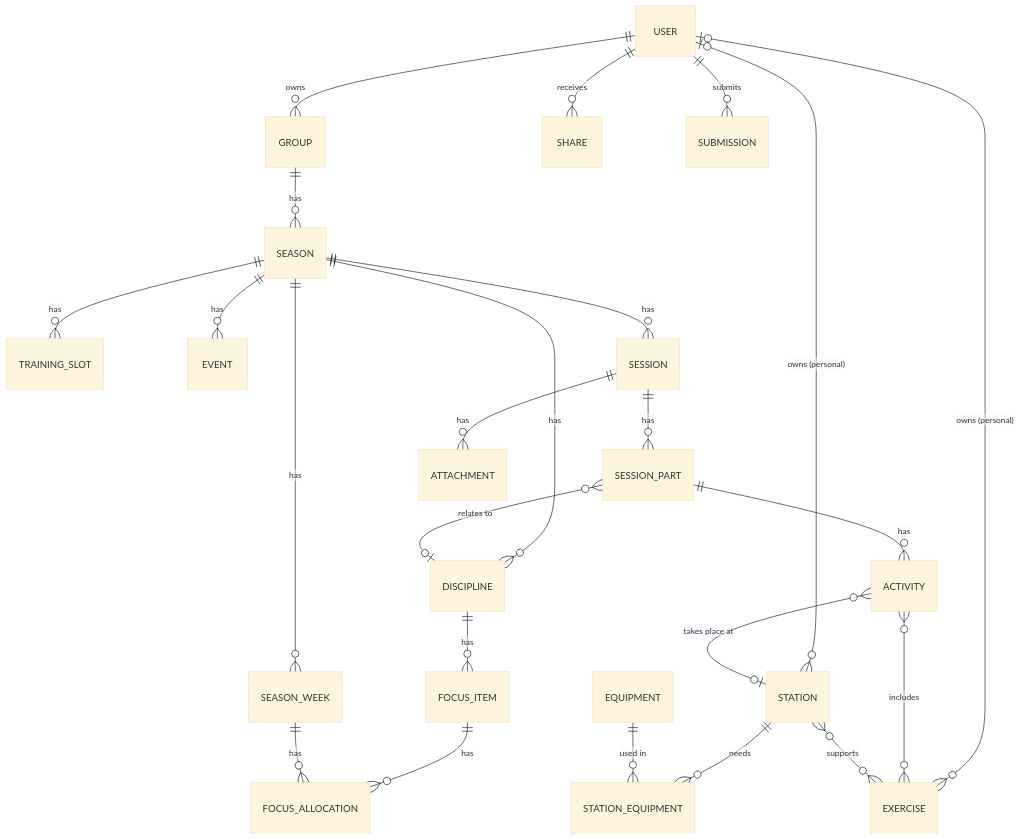
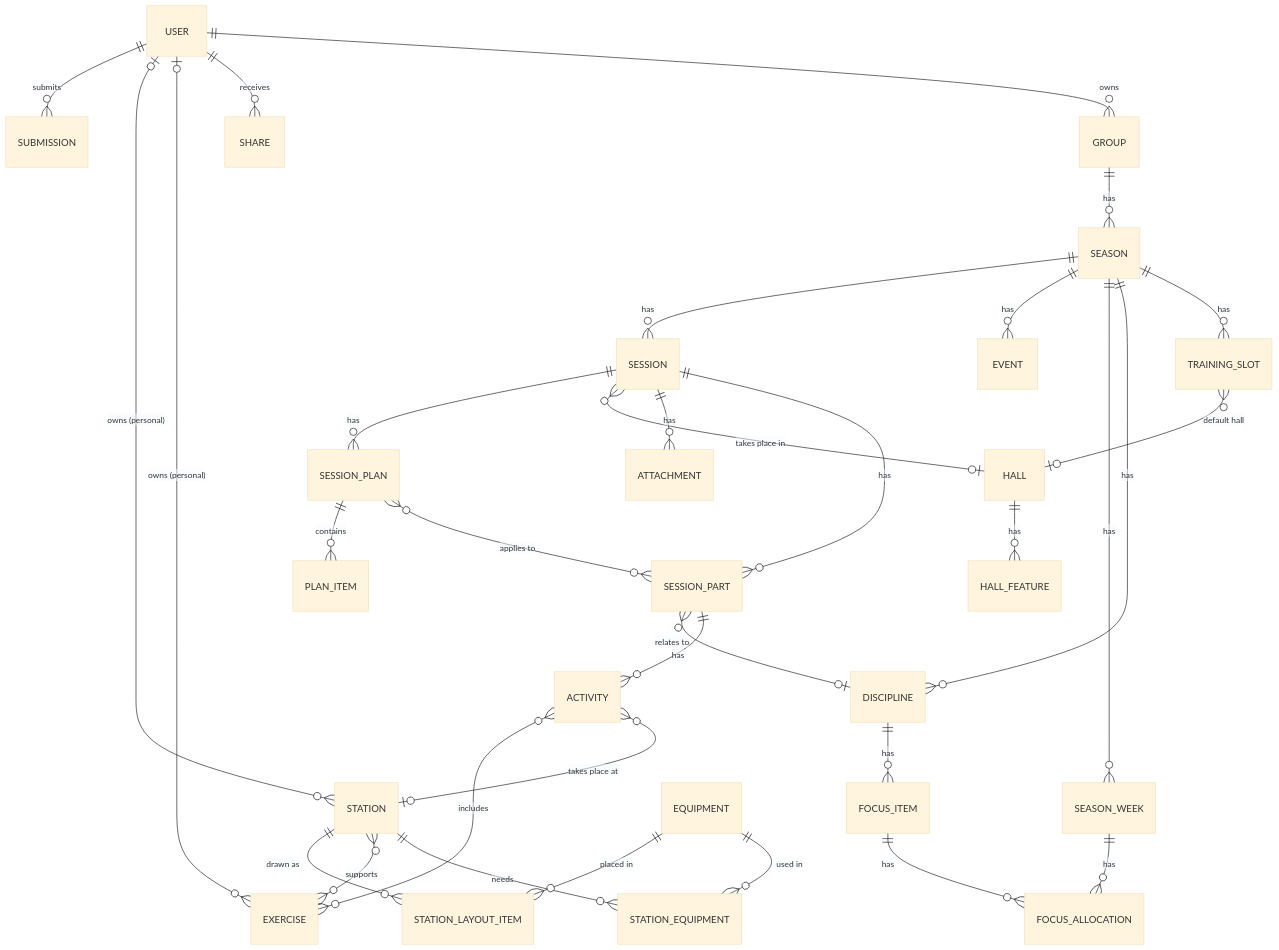
Before and after one commit to denka07/GymnasticsPlanner: the diagram in docs/data-model.md, drawn with Mermaid (base theme). The commit also changed other lines of this file and 1 other file, not shown here.

First line of the commit message:
Plan drawn hall plans: halls, station layouts and session plans

````diff
--- a/docs/data-model.md
+++ b/docs/data-model.md
@@ -25,31 +25,40 @@
 ```mermaid
 erDiagram
     USER ||--o{ GROUP : owns
     USER ||--o{ SHARE : receives
     USER |o--o{ EXERCISE : "owns (personal)"
     USER |o--o{ STATION : "owns (personal)"
     USER ||--o{ SUBMISSION : submits
 
     GROUP ||--o{ SEASON : has
 
     SEASON ||--o{ TRAINING_SLOT : has
     SEASON ||--o{ DISCIPLINE : has
     SEASON ||--o{ SEASON_WEEK : has
     SEASON ||--o{ EVENT : has
     SEASON ||--o{ SESSION : has
 
     DISCIPLINE ||--o{ FOCUS_ITEM : has
     FOCUS_ITEM ||--o{ FOCUS_ALLOCATION : has
     SEASON_WEEK ||--o{ FOCUS_ALLOCATION : has
 
     SESSION ||--o{ SESSION_PART : has
     SESSION ||--o{ ATTACHMENT : has
     SESSION_PART ||--o{ ACTIVITY : has
     SESSION_PART }o--o| DISCIPLINE : "relates to"
     ACTIVITY }o--o| STATION : "takes place at"
     ACTIVITY }o--o{ EXERCISE : includes
 
     STATION ||--o{ STATION_EQUIPMENT : needs
     EQUIPMENT ||--o{ STATION_EQUIPMENT : "used in"
     STATION }o--o{ EXERCISE : supports
+
+    HALL ||--o{ HALL_FEATURE : has
+    TRAINING_SLOT }o--o| HALL : "default hall"
+    SESSION }o--o| HALL : "takes place in"
+    STATION ||--o{ STATION_LAYOUT_ITEM : "drawn as"
+    EQUIPMENT ||--o{ STATION_LAYOUT_ITEM : "placed in"
+    SESSION ||--o{ SESSION_PLAN : has
+    SESSION_PLAN }o--o{ SESSION_PART : "applies to"
+    SESSION_PLAN ||--o{ PLAN_ITEM : contains
 ```
````
